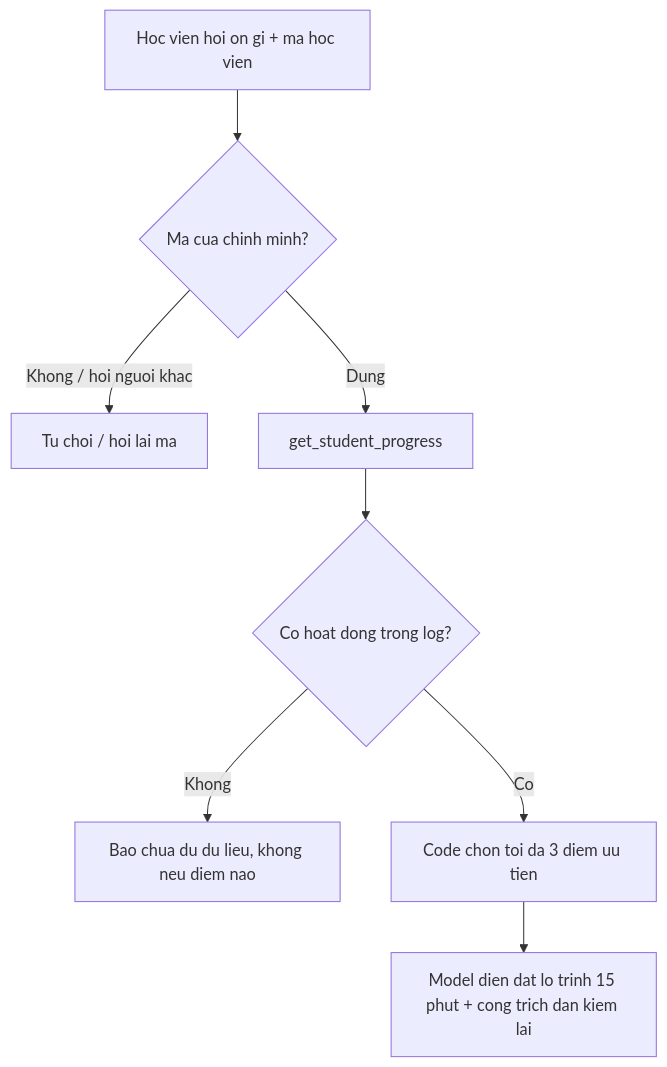
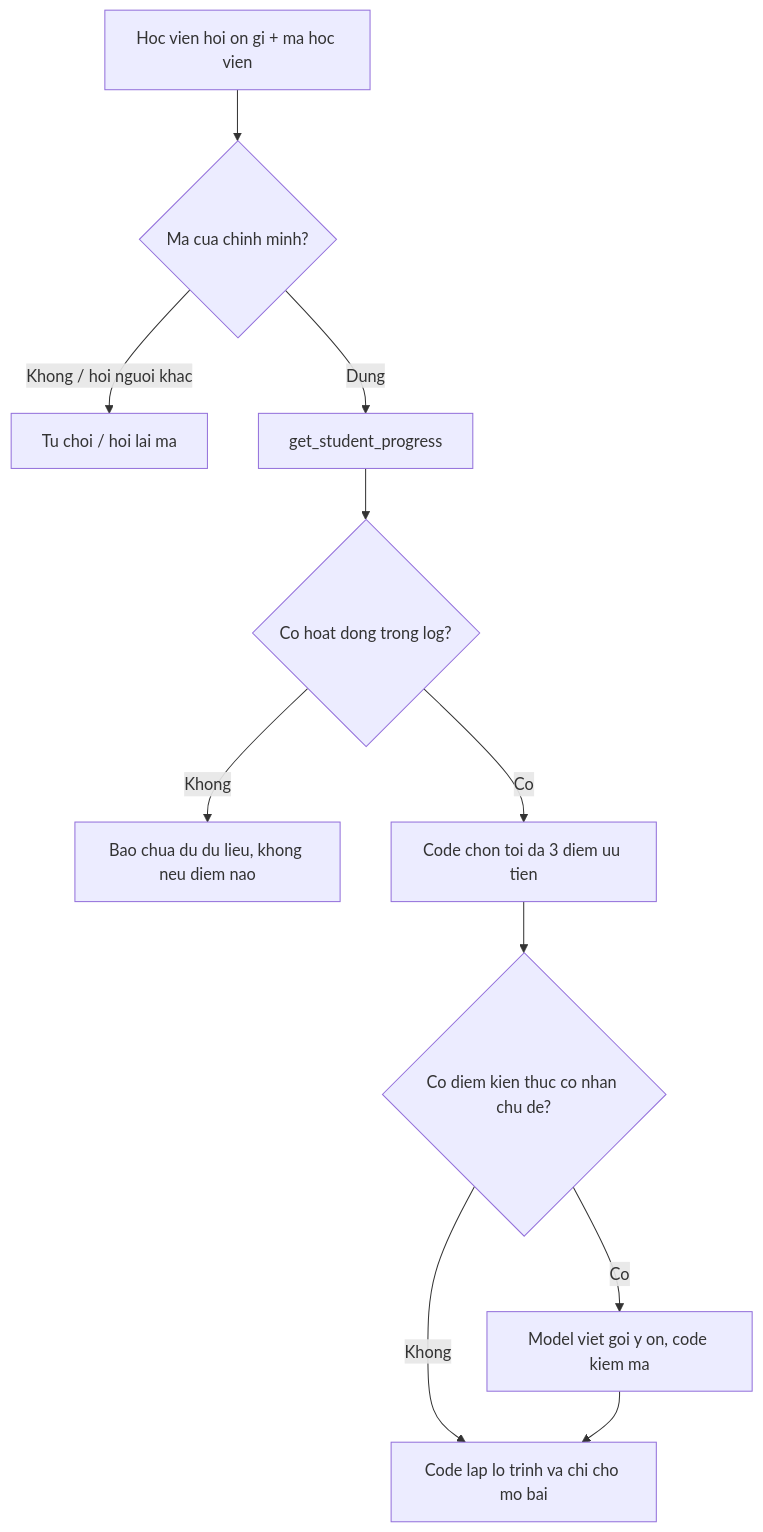
Before and after one commit to hnib1908/K5-Day15-L3B-LeDinhVuDo: the diagram in spec.md, drawn with Mermaid. The commit also changed other lines of this file and 1 other file, not shown here.

````diff
--- a/spec.md
+++ b/spec.md
@@ -36,10 +36,13 @@
 ```mermaid
 flowchart TD
   A[Hoc vien hoi on gi + ma hoc vien] --> B{Ma cua chinh minh?}
   B -- Khong / hoi nguoi khac --> C[Tu choi / hoi lai ma]
   B -- Dung --> D[get_student_progress]
   D --> E{Co hoat dong trong log?}
   E -- Khong --> F[Bao chua du du lieu, khong neu diem nao]
   E -- Co --> G[Code chon toi da 3 diem uu tien]
-  G --> H[Model dien dat lo trinh 15 phut + cong trich dan kiem lai]
+  G --> H{Co diem kien thuc co nhan chu de?}
+  H -- Co --> I[Model viet goi y on, code kiem ma]
+  H -- Khong --> J[Code lap lo trinh va chi cho mo bai]
+  I --> J
 ```
````
